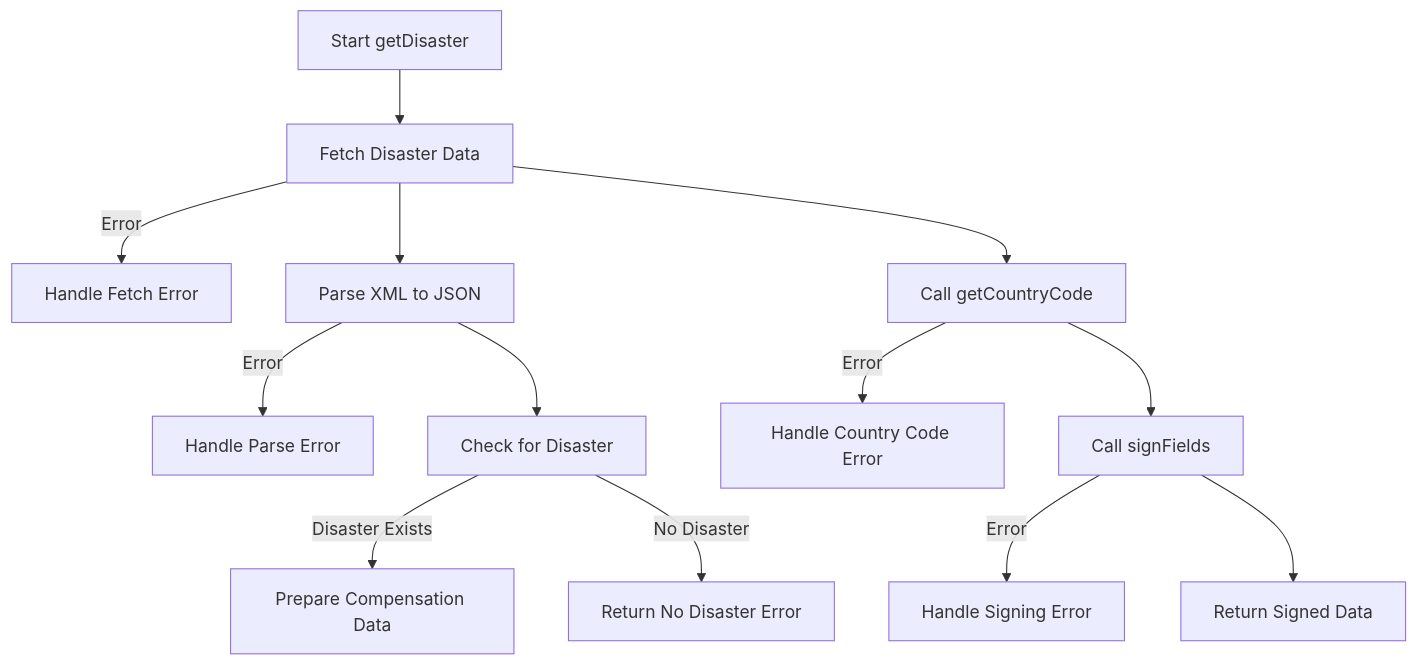
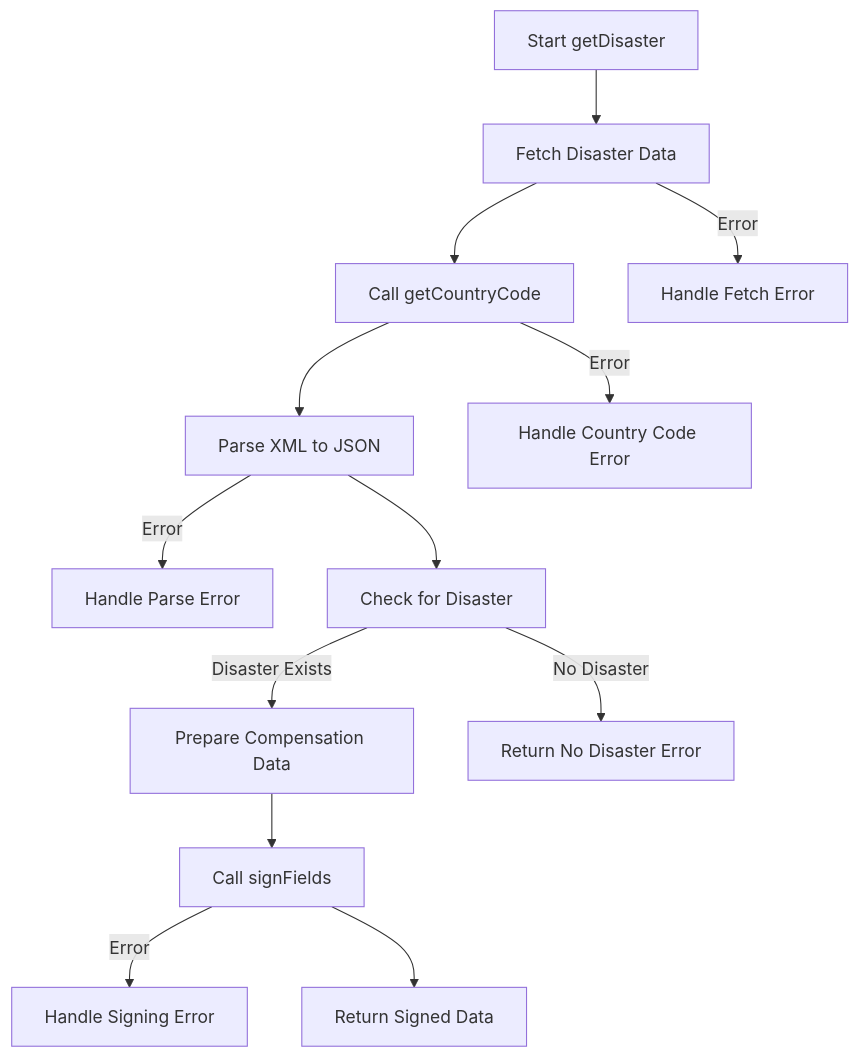
The second of 5 diagrams in README.md (zguesmi/PRENDICO), drawn with Mermaid before and after one commit. The commit also changed other lines of this file, not shown here.

Commit message:
resolve disaster api mermaid

````diff
--- a/README.md
+++ b/README.md
@@ -106,16 +106,16 @@
 ```mermaid
 graph TD
     A[Start getDisaster] --> B[Fetch Disaster Data]
-    B -->|Error| Z[Handle Fetch Error]
-    B --> C[Parse XML to JSON]
     B --> G[Call getCountryCode]
+    G --> C[Parse XML to JSON]
     C -->|Error| Y[Handle Parse Error]
     C --> D[Check for Disaster]
     D -->|Disaster Exists| E[Prepare Compensation Data]
     D -->|No Disaster| F[Return No Disaster Error]
-    G -->|Error| X[Handle Country Code Error]
-    G --> H[Call signFields]
+    E --> H[Call signFields]
     H -->|Error| W[Handle Signing Error]
     H --> I[Return Signed Data]
+    G -->|Error| X[Handle Country Code Error]
+    B -->|Error| Z[Handle Fetch Error]
 
 ```
````
